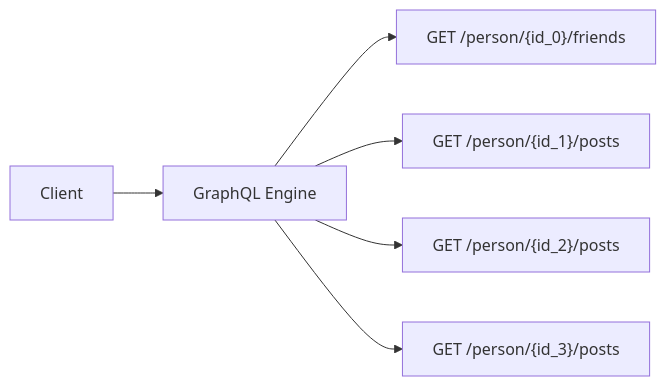
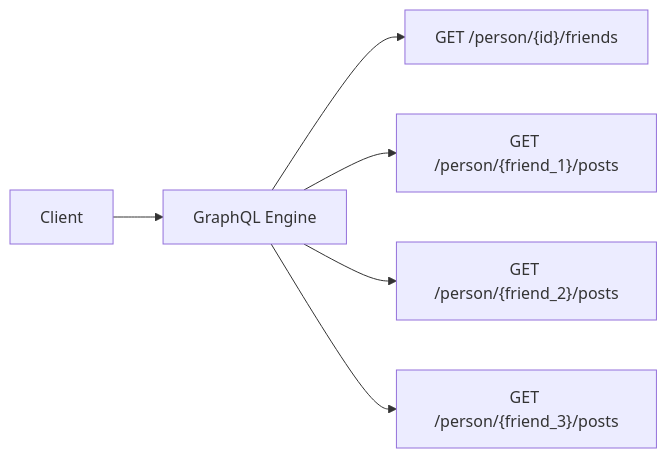
Before and after one commit to sonallux/graphql-getting-started-presentation: the second of 2 diagrams in slides.md, drawn with Mermaid. The commit also changed other lines of this file and 1 other file, not shown here.

Commit message:
Minor fixes

````diff
--- a/slides.md
+++ b/slides.md
@@ -278,8 +278,8 @@
 ```mermaid
 flowchart LR
   Client --> GraphQL[GraphQL Engine]
-  GraphQL --> friends["GET /person/{id_0}/friends"]
-  GraphQL --> posts1["GET /person/{id_1}/posts"]
-  GraphQL --> posts2["GET /person/{id_2}/posts"]
-  GraphQL --> posts3["GET /person/{id_3}/posts"]
+  GraphQL --> friends["GET /person/{id}/friends"]
+  GraphQL --> posts1["GET /person/{friend_1}/posts"]
+  GraphQL --> posts2["GET /person/{friend_2}/posts"]
+  GraphQL --> posts3["GET /person/{friend_3}/posts"]
 ```
````
